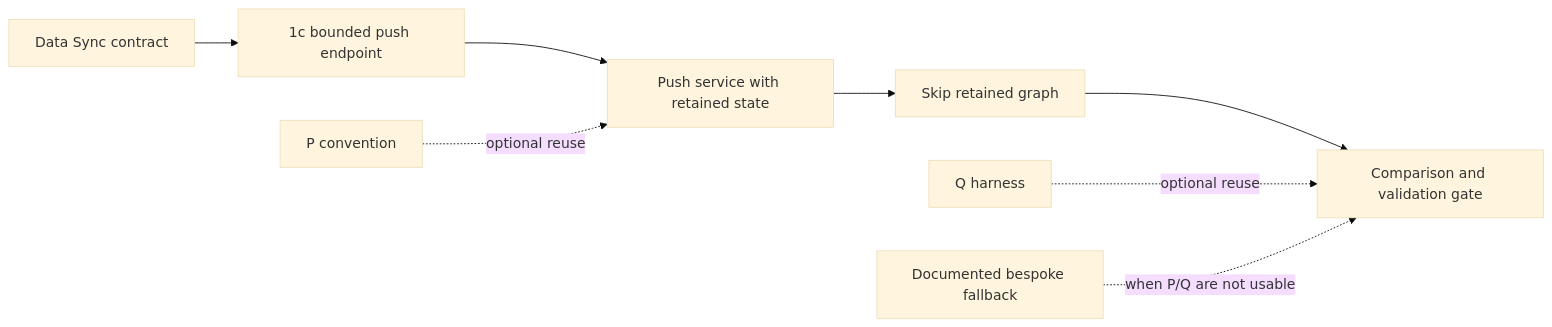
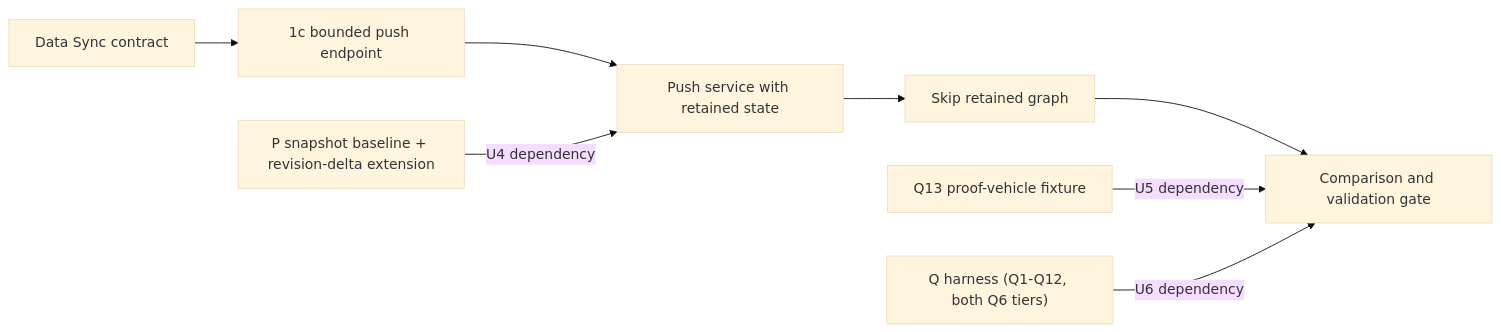
The first of 5 diagrams in docs/plans/2026-09-10-1854-feat-skip-data-sync-push-source-spike-plan.md (billf/convex-backend), drawn with Mermaid (base theme) before and after one commit. The commit also changed other lines of this file and 9 other files, not shown here.

````diff
--- a/docs/plans/2026-09-10-1854-feat-skip-data-sync-push-source-spike-plan.md
+++ b/docs/plans/2026-09-10-1854-feat-skip-data-sync-push-source-spike-plan.md
@@ -123,10 +123,10 @@
 ```mermaid
 flowchart LR
   dataSync["Data Sync contract"] --> endpoint["1c bounded push endpoint"]
   endpoint --> service["Push service with retained state"]
   service --> skipGraph["Skip retained graph"]
   skipGraph --> harness["Comparison and validation gate"]
-  p["P convention"] -. "optional reuse" .-> service
-  q["Q harness"] -. "optional reuse" .-> harness
-  fallback["Documented bespoke fallback"] -. "when P/Q are not usable" .-> harness
+  p["P snapshot baseline + revision-delta extension"] -->|"U4 dependency"| service
+  q13["Q13 proof-vehicle fixture"] -->|"U5 dependency"| harness
+  q["Q harness (Q1-Q12, both Q6 tiers)"] -->|"U6 dependency"| harness
 ```
````
